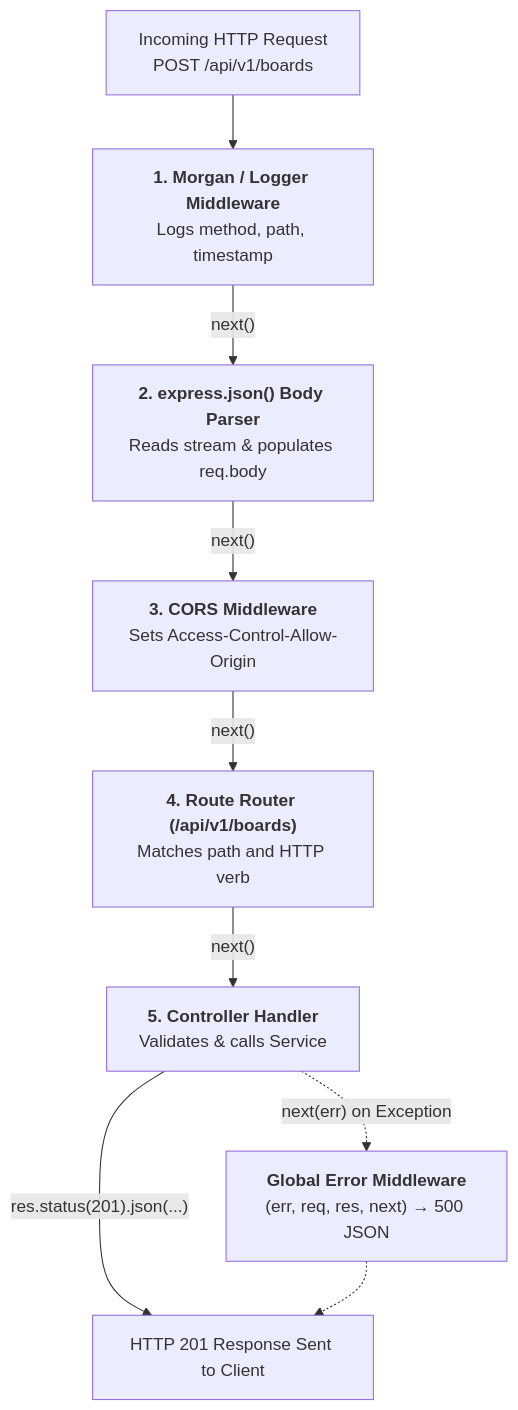
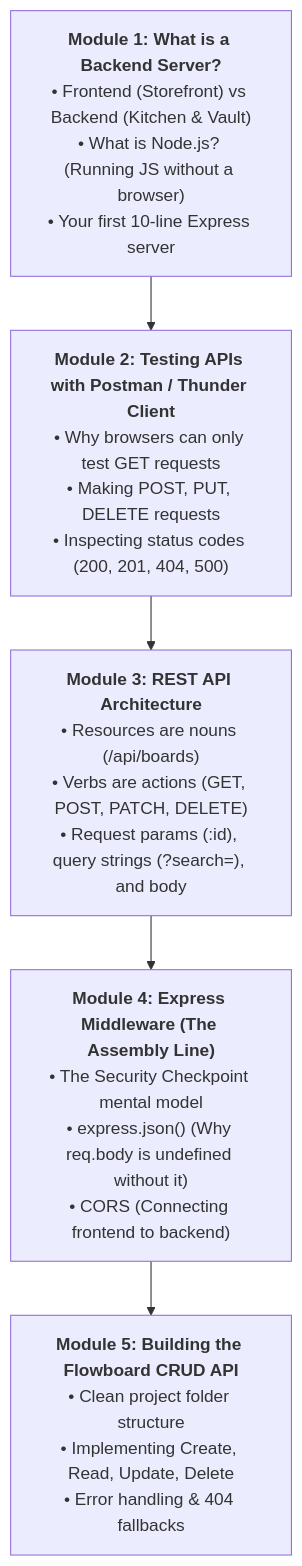
One commit to ajibolagenius/LagosDataSchool changed the first of 4 diagrams in full_stack_development_class_notes/Week 15_ Node.js, Express & REST API Design.md. Above: the diagram before and after it, drawn with Mermaid. The commit also changed other lines of this file and 20 other files, not shown here.

````diff
--- a/full_stack_development_class_notes/Week 15_ Node.js, Express & REST API Design.md
+++ b/full_stack_development_class_notes/Week 15_ Node.js, Express & REST API Design.md
@@ -37,12 +15,8 @@
 ```mermaid
 flowchart TD
-    ClientReq["Incoming HTTP Request<br/>POST /api/v1/boards"] --> M1["<b>1. Morgan / Logger Middleware</b><br/>Logs method, path, timestamp"]
-    M1 -->|"next()"| M2["<b>2. express.json() Body Parser</b><br/>Reads stream & populates req.body"]
-    M2 -->|"next()"| M3["<b>3. CORS Middleware</b><br/>Sets Access-Control-Allow-Origin"]
-    M3 -->|"next()"| M4["<b>4. Route Router (/api/v1/boards)</b><br/>Matches path and HTTP verb"]
-    M4 -->|"next()"| M5["<b>5. Controller Handler</b><br/>Validates & calls Service"]
-    M5 -->|"res.status(201).json(...)"| ClientRes["HTTP 201 Response Sent to Client"]
-
-    M5 -.->|"next(err) on Exception"| ErrM["<b>Global Error Middleware</b><br/>(err, req, res, next) &rarr; 500 JSON"]
-    ErrM -.-> ClientRes
+    M1["<b>Module 1: What is a Backend Server?</b><br/>• Frontend (Storefront) vs Backend (Kitchen & Vault)<br/>• What is Node.js? (Running JS without a browser)<br/>• Your first 10-line Express server"]
+    --> M2["<b>Module 2: Testing APIs with Postman / Thunder Client</b><br/>• Why browsers can only test GET requests<br/>• Making POST, PUT, DELETE requests<br/>• Inspecting status codes (200, 201, 404, 500)"]
+    --> M3["<b>Module 3: REST API Architecture</b><br/>• Resources are nouns (/api/boards)<br/>• Verbs are actions (GET, POST, PATCH, DELETE)<br/>• Request params (:id), query strings (?search=), and body"]
+    --> M4["<b>Module 4: Express Middleware (The Assembly Line)</b><br/>• The Security Checkpoint mental model<br/>• express.json() (Why req.body is undefined without it)<br/>• CORS (Connecting frontend to backend)"]
+    --> M5["<b>Module 5: Building the Flowboard CRUD API</b><br/>• Clean project folder structure<br/>• Implementing Create, Read, Update, Delete<br/>• Error handling & 404 fallbacks"]
 ```
````
